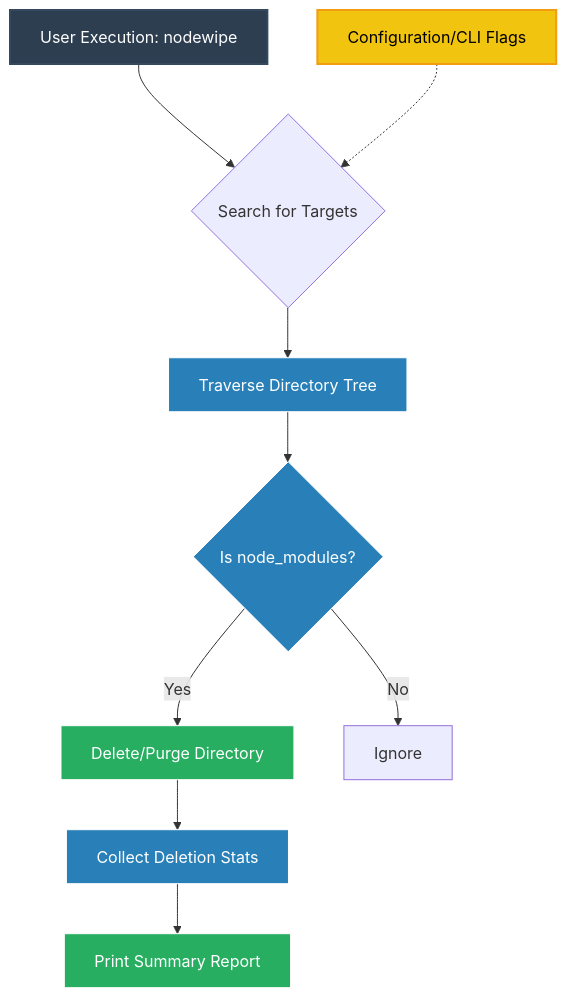
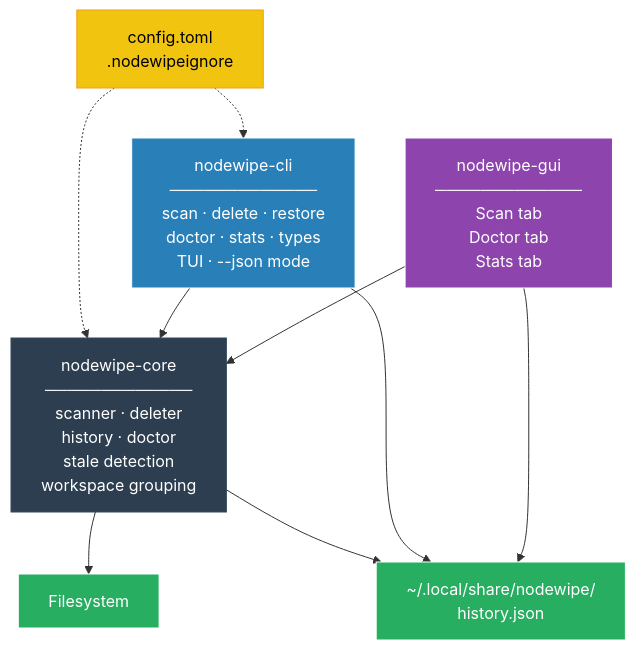
One commit to JOKER-53/nodewipe changed the diagram in README.md. Above: the diagram before and after it, drawn with Mermaid. The commit also changed other lines of this file, not shown here.

Commit message:
docs: update README for v0.5.1 — doctor, stats, sort, stale, GUI tabs, AUR rename

````diff
--- a/README.md
+++ b/README.md
@@ -254,27 +317,44 @@
 ```mermaid
 flowchart TD
-    %% Styling Definitions
-    classDef entry fill:#2c3e50,stroke:#34495e,stroke-width:2px,color:#fff;
-    classDef logic fill:#2980b9,stroke:#fff,color:#fff;
-    classDef action fill:#27ae60,stroke:#fff,color:#fff;
-    classDef config fill:#f1c40f,stroke:#f39c12,stroke-width:2px,color:#000;
+    classDef engine fill:#2c3e50,stroke:#34495e,color:#fff
+    classDef cli fill:#2980b9,stroke:#fff,color:#fff
+    classDef gui fill:#8e44ad,stroke:#fff,color:#fff
+    classDef output fill:#27ae60,stroke:#fff,color:#fff
+    classDef config fill:#f1c40f,stroke:#f39c12,color:#000
 
-    %% Entry Point
-    CLI[User Execution: nodewipe]:::entry
-    
-    %% Input/Discovery Phase
-    CLI --> Discovery{Search for Targets}
-    Discovery --> FileTree[Traverse Directory Tree]:::logic
-    FileTree --> Match{Is node_modules?}:::logic
-    
-    %% Processing Phase
-    Match -- Yes --> Action[Delete/Purge Directory]:::action
-    Match -- No --> Skip[Ignore]
-    
-    %% Result/Reporting
-    Action --> Stats[Collect Deletion Stats]:::logic
-    Stats --> Report[Print Summary Report]:::action
+    Core["nodewipe-core
+    ─────────────
+    scanner · deleter
+    history · doctor
+    stale detection
+    workspace grouping"]:::engine
 
-    %% Config Handling
-    Config[Configuration/CLI Flags]:::config -.-> Discovery
+    CLI["nodewipe-cli
+    ─────────────
+    scan · delete · restore
+    doctor · stats · types
+    TUI · --json mode"]:::cli
+
+    GUI["nodewipe-gui
+    ─────────────
+    Scan tab
+    Doctor tab
+    Stats tab"]:::gui
+
+    Config["config.toml
+    .nodewipeignore"]:::config
+
+    HistFile["~/.local/share/nodewipe/
+    history.json"]:::output
+
+    Disk["Filesystem"]:::output
+
+    Config -.-> CLI
+    Config -.-> Core
+    CLI --> Core
+    GUI --> Core
+    Core --> Disk
+    Core --> HistFile
+    CLI --> HistFile
+    GUI --> HistFile
 ```
````
